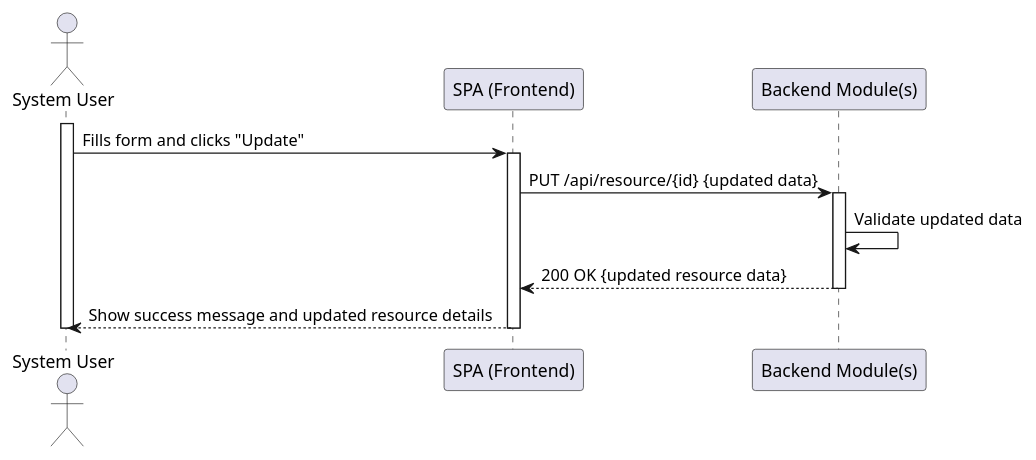
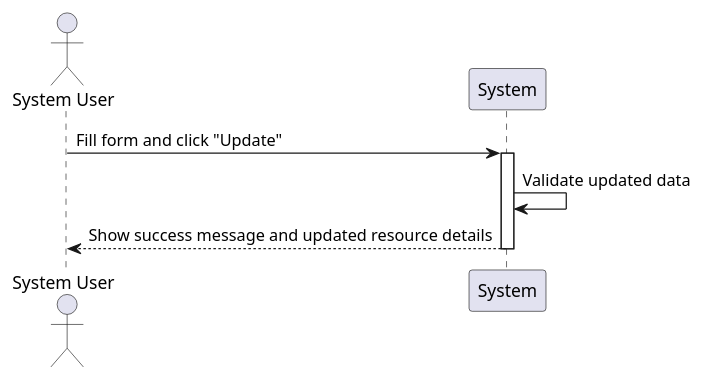
Before and after one commit to Departamento-de-Engenharia-Informatica/LEI-SEM5-PI-2025-26-3DK-04: the diagram in docs/sprint2/level1/process_view/US3.1.5/SD_US3.1.5_update_object.puml, drawn with PlantUML. The commit also changed 33 other files, not shown here.

```diff
--- a/docs/sprint2/level1/process_view/US3.1.5/SD_US3.1.5_update_object.puml
+++ b/docs/sprint2/level1/process_view/US3.1.5/SD_US3.1.5_update_object.puml
@@ -1,16 +1,10 @@
 @startuml system_sequence_diagram_update
 actor "System User" as User
-participant "SPA (Frontend)" as Frontend
-participant "Backend Module(s)" as Backend
-activate User
-User -> Frontend: Fills form and clicks "Update"
-activate Frontend
-Frontend -> Backend: PUT /api/resource/{id} {updated data}
-activate Backend
-Backend -> Backend: Validate updated data
-Backend --> Frontend: 200 OK {updated resource data}
-deactivate Backend
-Frontend --> User: Show success message and updated resource details
-deactivate Frontend
-deactivate User
+participant "System" as System
+
+User -> System: Fill form and click "Update"
+activate System
+System -> System: Validate updated data
+System --> User: Show success message and updated resource details
+deactivate System
 @enduml
```
